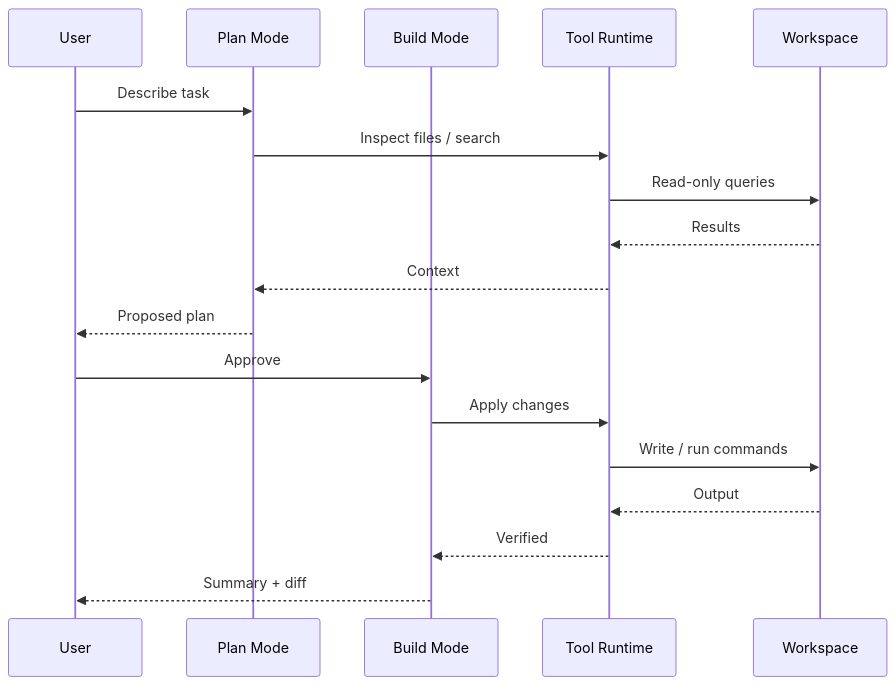
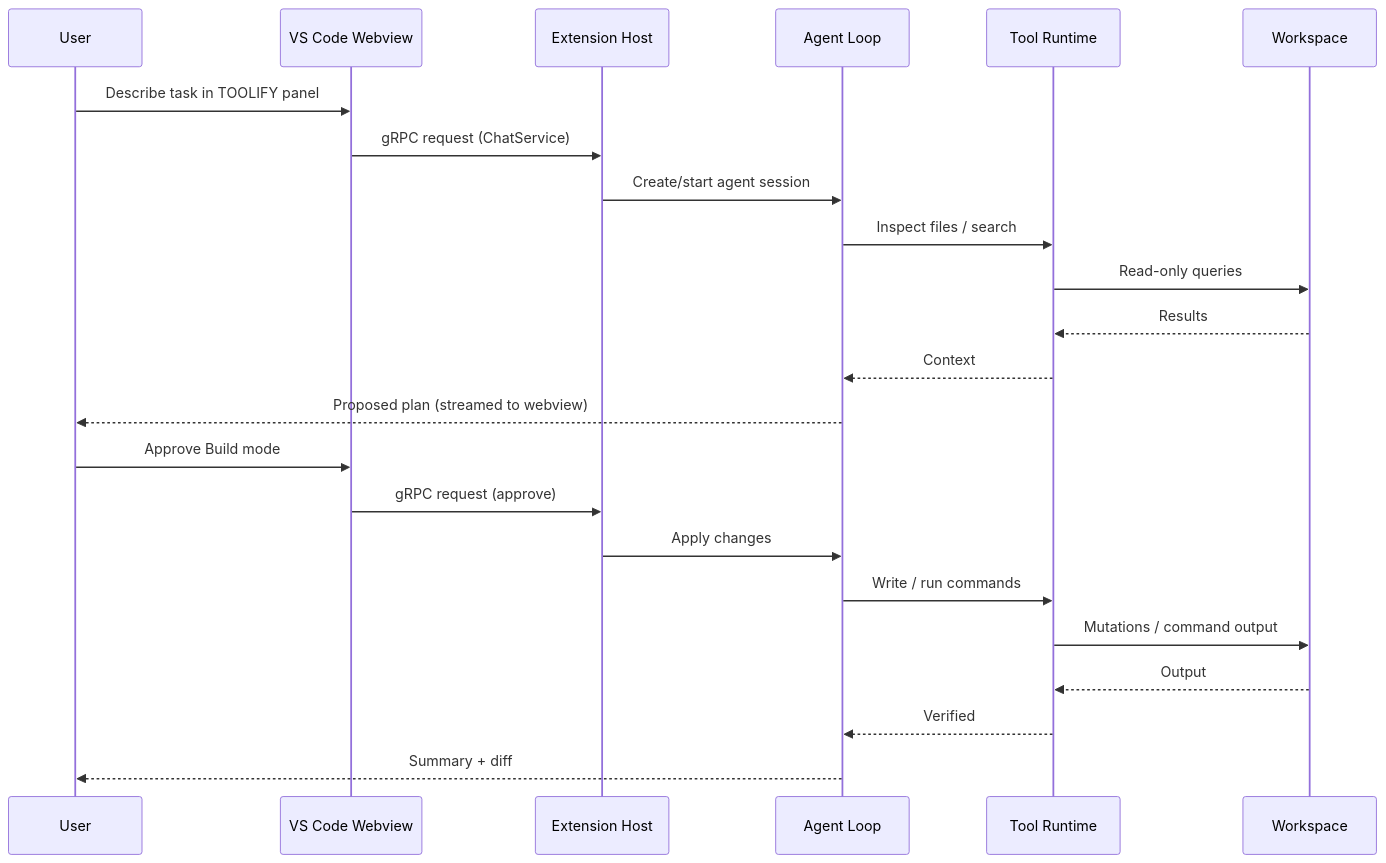
Before and after one commit to toolifyai4-cell/toolify_v1: the second of 2 diagrams in README.md, drawn with Mermaid. The commit also changed other lines of this file and 1 other file, not shown here.

Commit message:
refactor: update README.md to reflect VS Code extension architecture and remove terminal references

````diff
--- a/README.md
+++ b/README.md
@@ -287,20 +266,25 @@
 ```mermaid
 sequenceDiagram
     participant U as User
-    participant P as Plan Mode
-    participant B as Build Mode
+    participant W as VS Code Webview
+    participant E as Extension Host
+    participant L as Agent Loop
     participant T as Tool Runtime
-    participant W as Workspace
-    U->>P: Describe task
-    P->>T: Inspect files / search
-    T->>W: Read-only queries
-    W-->>T: Results
-    T-->>P: Context
-    P-->>U: Proposed plan
-    U->>B: Approve
-    B->>T: Apply changes
-    T->>W: Write / run commands
-    W-->>T: Output
-    T-->>B: Verified
-    B-->>U: Summary + diff
+    participant WS as Workspace
+    U->>W: Describe task in TOOLIFY panel
+    W->>E: gRPC request (ChatService)
+    E->>L: Create/start agent session
+    L->>T: Inspect files / search
+    T->>WS: Read-only queries
+    WS-->>T: Results
+    T-->>L: Context
+    L-->>U: Proposed plan (streamed to webview)
+    U->>W: Approve Build mode
+    W->>E: gRPC request (approve)
+    E->>L: Apply changes
+    L->>T: Write / run commands
+    T->>WS: Mutations / command output
+    WS-->>T: Output
+    T-->>L: Verified
+    L-->>U: Summary + diff
 ```
````
